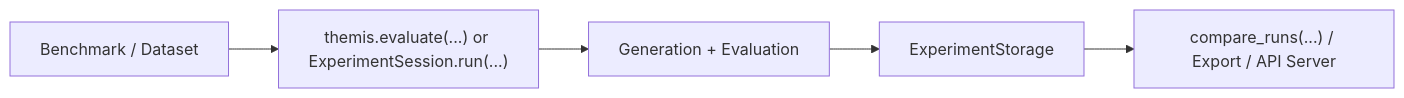
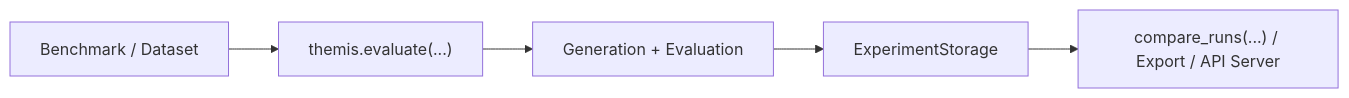
One commit to Pittawat2542/themis changed the diagram in docs/index.md. Above: the diagram before and after it, drawn with Mermaid. The commit also changed 9 other files, not shown here.

Commit message:
docs: modernize all docs to 1.2.0 evaluate() API, remove ExperimentSession/ExperimentSpec and examples-simple refs

````diff
--- a/docs/index.md
+++ b/docs/index.md
@@ -45,7 +45,7 @@
 ```mermaid
 flowchart LR
-    A["Benchmark / Dataset"] --> B["themis.evaluate(...) or ExperimentSession.run(...)"]
+    A["Benchmark / Dataset"] --> B["themis.evaluate(...)"]
     B --> C["Generation + Evaluation"]
     C --> D["ExperimentStorage"]
     D --> E["compare_runs(...) / Export / API Server"]
 ```
````
